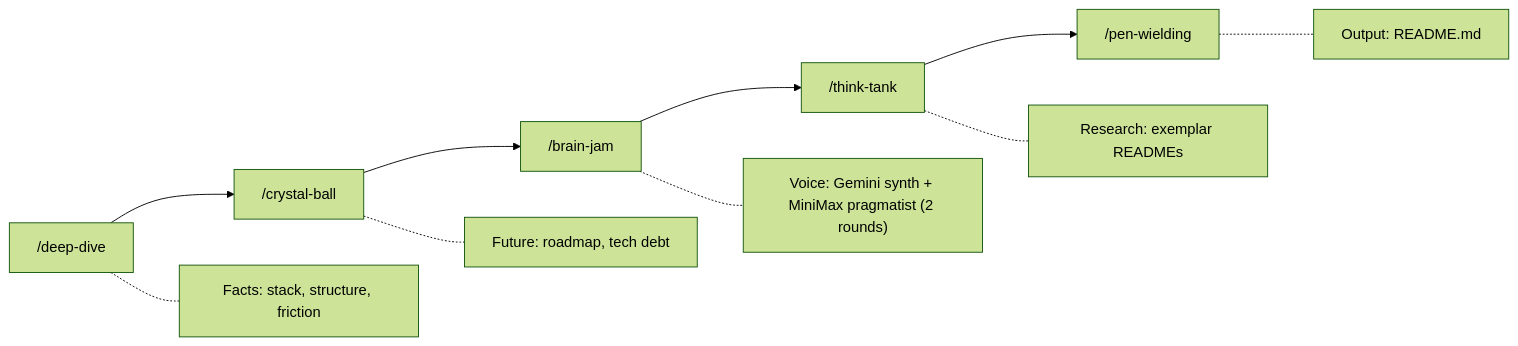
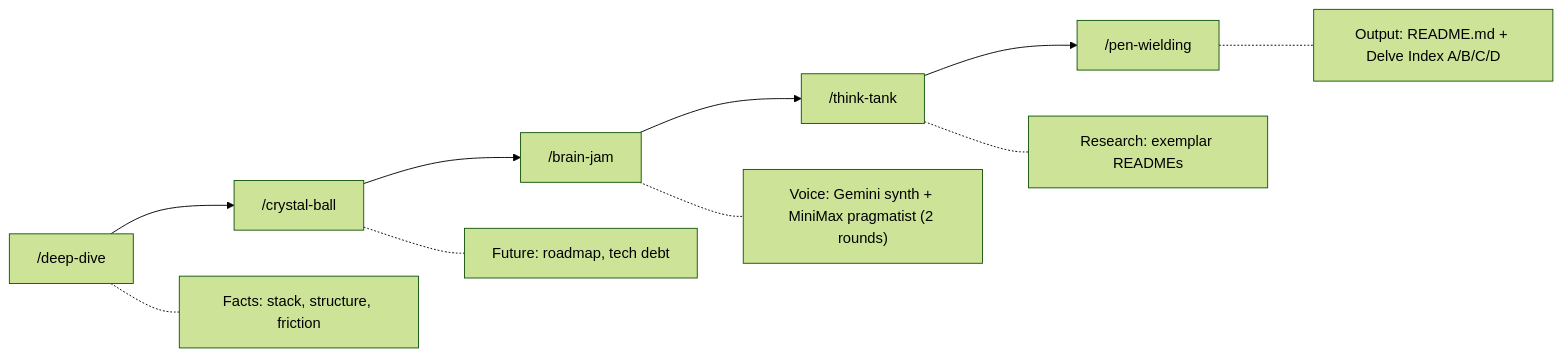
Before and after one commit to kellenff/claudikins-github-readme-for-perfectionists: the diagram in README.md, drawn with Mermaid (forest theme). The commit also changed other lines of this file, not shown here.

````diff
--- a/README.md
+++ b/README.md
@@ -79,13 +174,13 @@
 ```mermaid
 flowchart LR
     A["/deep-dive"] --> B["/crystal-ball"]
     B --> C["/brain-jam"]
     C --> D["/think-tank"]
     D --> E["/pen-wielding"]
 
     A -.- A1["Facts: stack, structure, friction"]
     B -.- B1["Future: roadmap, tech debt"]
     C -.- C1["Voice: Gemini synth + MiniMax pragmatist (2 rounds)"]
     D -.- D1["Research: exemplar READMEs"]
-    E -.- E1["Output: README.md"]
+    E -.- E1["Output: README.md + Delve Index A/B/C/D"]
 ```
````
